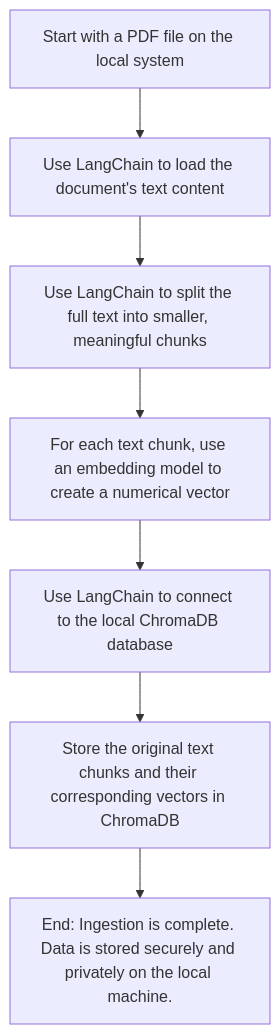
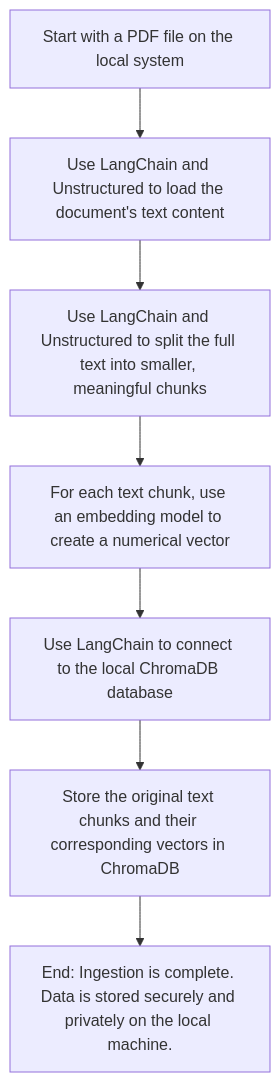
Before and after one commit to ltmerletti/FinQuery2: the diagram in README.md, drawn with Mermaid. The commit also changed other lines of this file and 9 other files, not shown here.

````diff
--- a/README.md
+++ b/README.md
@@ -36,9 +50,9 @@
 ```mermaid
 flowchart TD
-    A["Start with a PDF file on the local system"] --> B["Use LangChain to load the document's text content"]
-    B --> C["Use LangChain to split the full text into smaller, meaningful chunks"]
+    A["Start with a PDF file on the local system"] --> B["Use LangChain and Unstructured to load the document's text content"]
+    B --> C["Use LangChain and Unstructured to split the full text into smaller, meaningful chunks"]
     C --> D["For each text chunk, use an embedding model to create a numerical vector"]
     D --> E["Use LangChain to connect to the local ChromaDB database"]
     E --> F["Store the original text chunks and their corresponding vectors in ChromaDB"]
     F --> G["End: Ingestion is complete. Data is stored securely and privately on the local machine."]
 ```
````
